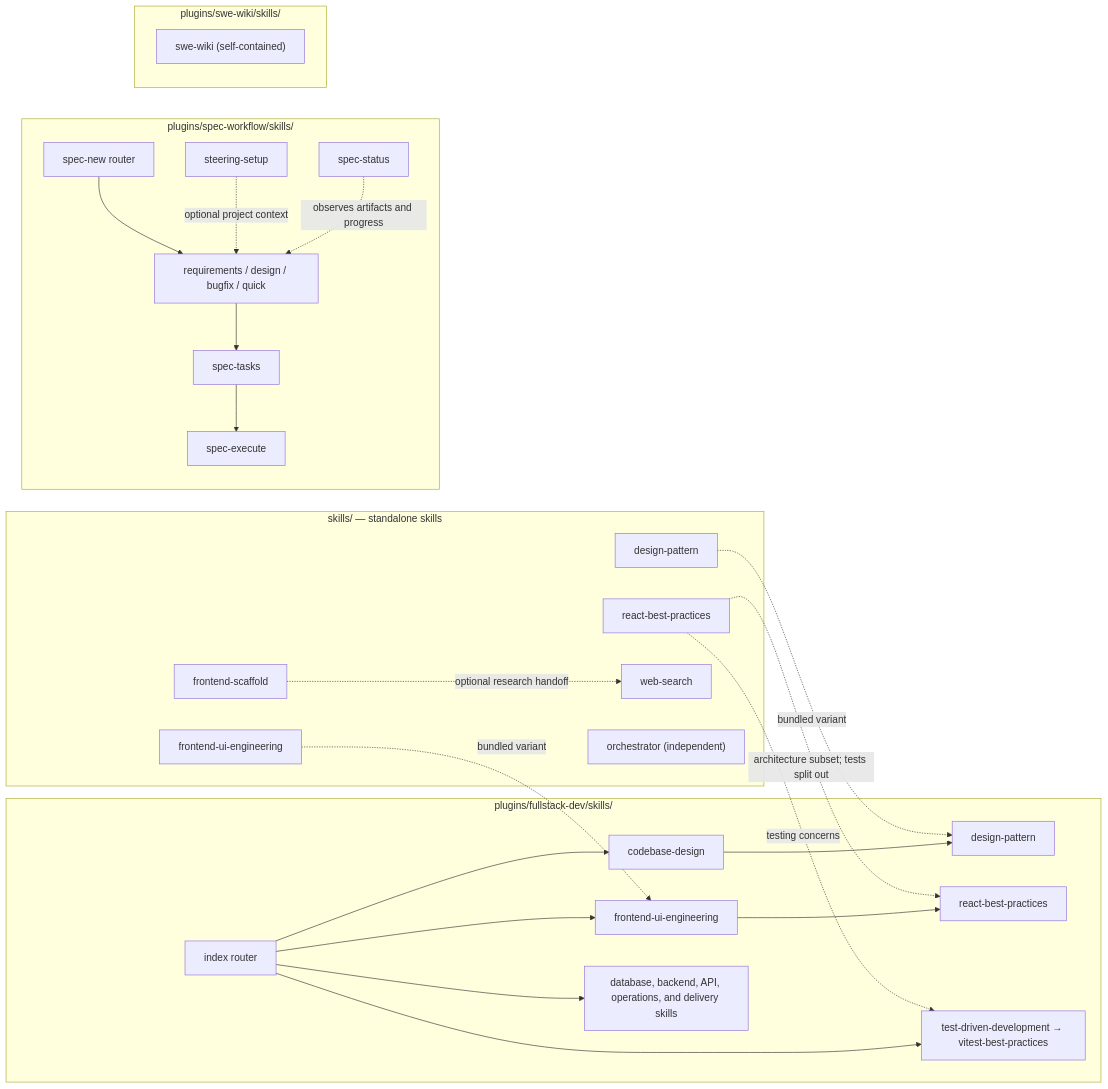
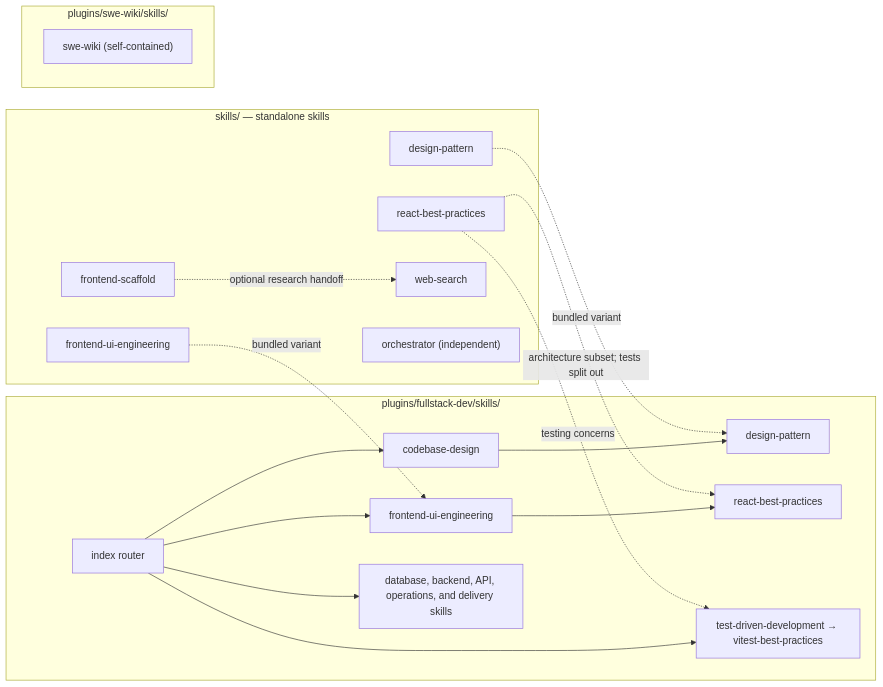
The diagram in AGENTS.md (dtgbao/agent-skills), drawn with Mermaid before and after one commit. The commit also changed 48 other files, not shown here.

First line of the commit message:
Remove spec-workflow plugin

````diff
--- a/AGENTS.md
+++ b/AGENTS.md
@@ -16,49 +16,36 @@
 ```mermaid
 flowchart LR
     subgraph Standalone["skills/ — standalone skills"]
         SDesign["design-pattern"]
         SScaffold["frontend-scaffold"]
         SUI["frontend-ui-engineering"]
         SReact["react-best-practices"]
         SWeb["web-search"]
         SOrchestrator["orchestrator (independent)"]
     end
 
     subgraph Fullstack["plugins/fullstack-dev/skills/"]
         FIndex["index router"]
         FCodebase["codebase-design"]
         FDesign["design-pattern"]
         FUI["frontend-ui-engineering"]
         FReact["react-best-practices"]
         FTesting["test-driven-development → vitest-best-practices"]
         FOther["database, backend, API, operations, and delivery skills"]
 
         FIndex --> FCodebase --> FDesign
         FIndex --> FUI --> FReact
         FIndex --> FTesting
         FIndex --> FOther
     end
 
-    subgraph Spec["plugins/spec-workflow/skills/"]
-        PNew["spec-new router"]
-        PPhases["requirements / design / bugfix / quick"]
-        PTasks["spec-tasks"]
-        PExecute["spec-execute"]
-        PSteering["steering-setup"]
-        PStatus["spec-status"]
-
-        PNew --> PPhases --> PTasks --> PExecute
-        PSteering -. "optional project context" .-> PPhases
-        PStatus -. "observes artifacts and progress" .-> PPhases
-    end
-
     subgraph Wiki["plugins/swe-wiki/skills/"]
         SWiki["swe-wiki (self-contained)"]
     end
 
     SScaffold -. "optional research handoff" .-> SWeb
     SDesign -. "bundled variant" .-> FDesign
     SUI -. "bundled variant" .-> FUI
     SReact -. "architecture subset; tests split out" .-> FReact
     SReact -. "testing concerns" .-> FTesting
 ```
````
